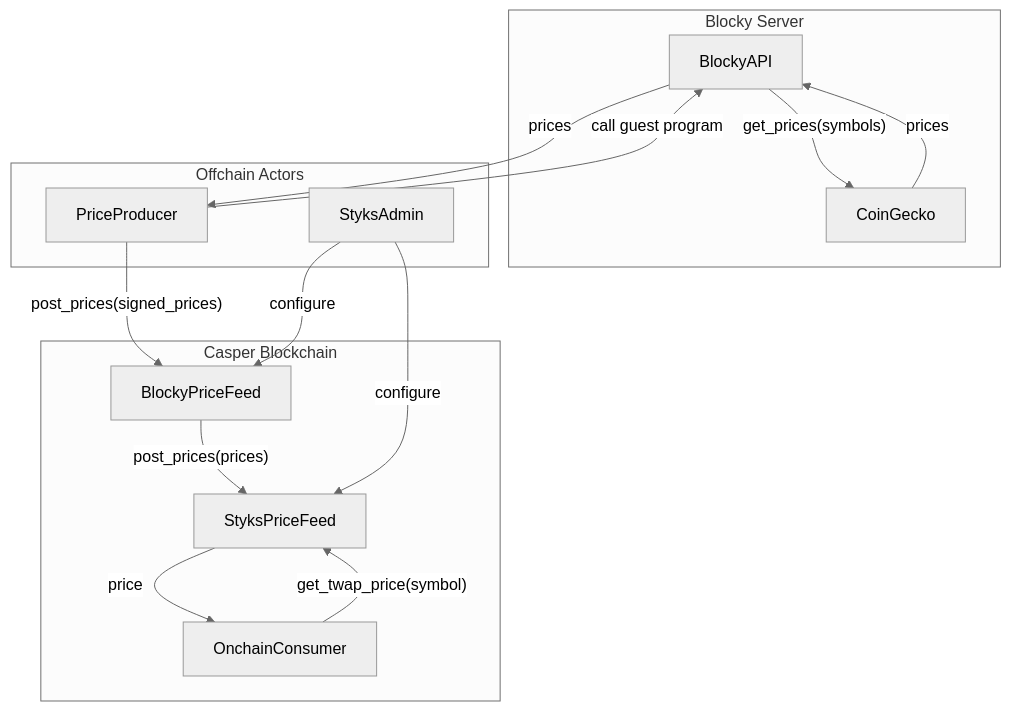
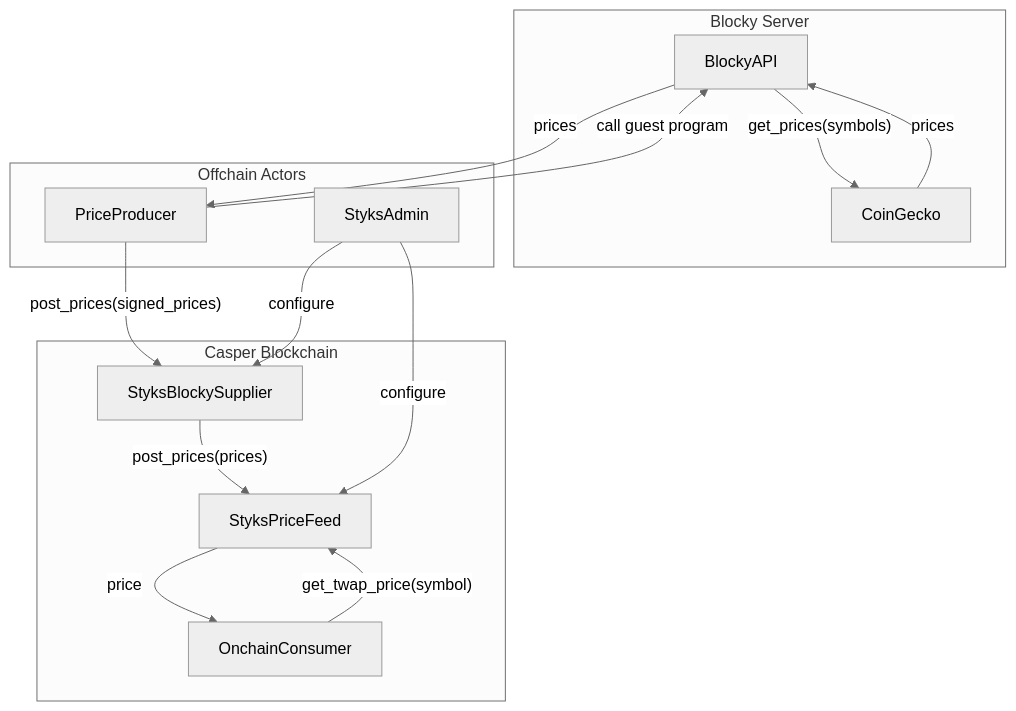
Before and after one commit to odradev/styks: the first of 2 diagrams in README.md, drawn with Mermaid (neutral theme). The commit also changed other lines of this file and 3 other files, not shown here.

````diff
--- a/README.md
+++ b/README.md
@@ -76,35 +82,35 @@
 ```mermaid
 
 flowchart TB
     subgraph Blocky Server
       BlockyAPI
       CoinGecko
     end
 
     subgraph Offchain Actors
       PriceProducer
       StyksAdmin
     end
 
     subgraph Casper Blockchain
       OnchainConsumer
-      BlockyPriceFeed
+      StyksBlockySupplier
       StyksPriceFeed
     end
 
     %% Retrieve the latest price.
     OnchainConsumer -->|"get_twap_price(symbol)"| StyksPriceFeed
     StyksPriceFeed -->|price| OnchainConsumer
 
     %% Bringing the price onchain using blocky.
     PriceProducer -->|"call guest program"| BlockyAPI
     BlockyAPI -->|"get_prices(symbols)"| CoinGecko
     CoinGecko -->|"prices"| BlockyAPI
     BlockyAPI -->|"prices"| PriceProducer
-    PriceProducer -->|"post_prices(signed_prices)"| BlockyPriceFeed
-    BlockyPriceFeed -->|"post_prices(prices)"| StyksPriceFeed
+    PriceProducer -->|"post_prices(signed_prices)"| StyksBlockySupplier
+    StyksBlockySupplier -->|"post_prices(prices)"| StyksPriceFeed
 
     %% Define price feeds.
     StyksAdmin -->|"configure"| StyksPriceFeed
-    StyksAdmin -->|"configure"| BlockyPriceFeed
+    StyksAdmin -->|"configure"| StyksBlockySupplier
 ```
````
